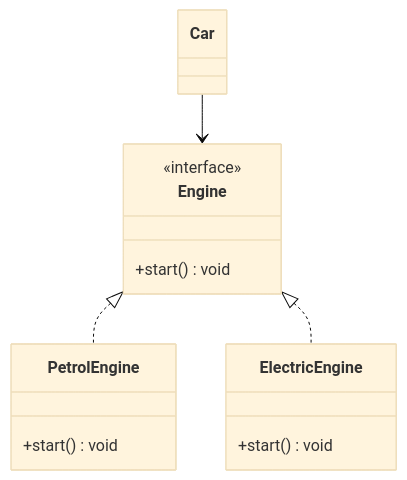
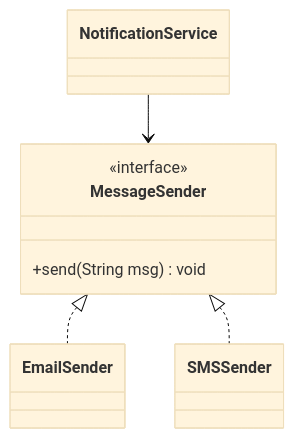
One commit to gp330841/interview changed the third of 3 diagrams in low-level-design/concepts/01-solid-principles.md. Above: the diagram before and after it, drawn with Mermaid (base theme). The commit also changed other lines of this file and 66 other files, not shown here.

````diff
--- a/low-level-design/concepts/01-solid-principles.md
+++ b/low-level-design/concepts/01-solid-principles.md
@@ -179,16 +214,10 @@
 ```mermaid
 classDiagram
-    Car --> Engine
-    Engine <|.. PetrolEngine
-    Engine <|.. ElectricEngine
-    class Engine {
+    NotificationService --> MessageSender
+    MessageSender <|.. EmailSender
+    MessageSender <|.. SMSSender
+    class MessageSender {
         <<interface>>
-        +start() void
-    }
-    class PetrolEngine {
-        +start() void
-    }
-    class ElectricEngine {
-        +start() void
+        +send(String msg) void
     }
 ```
````
